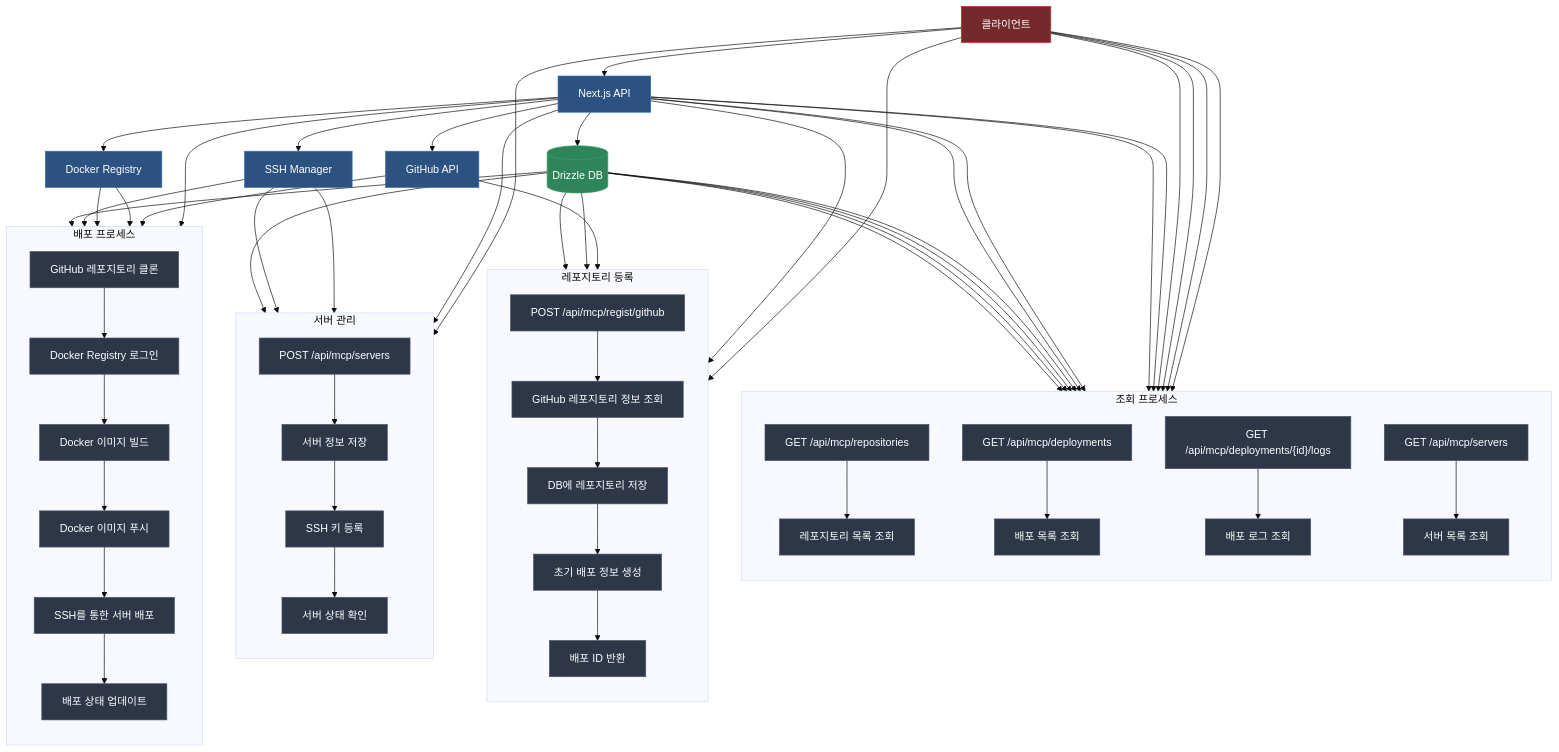
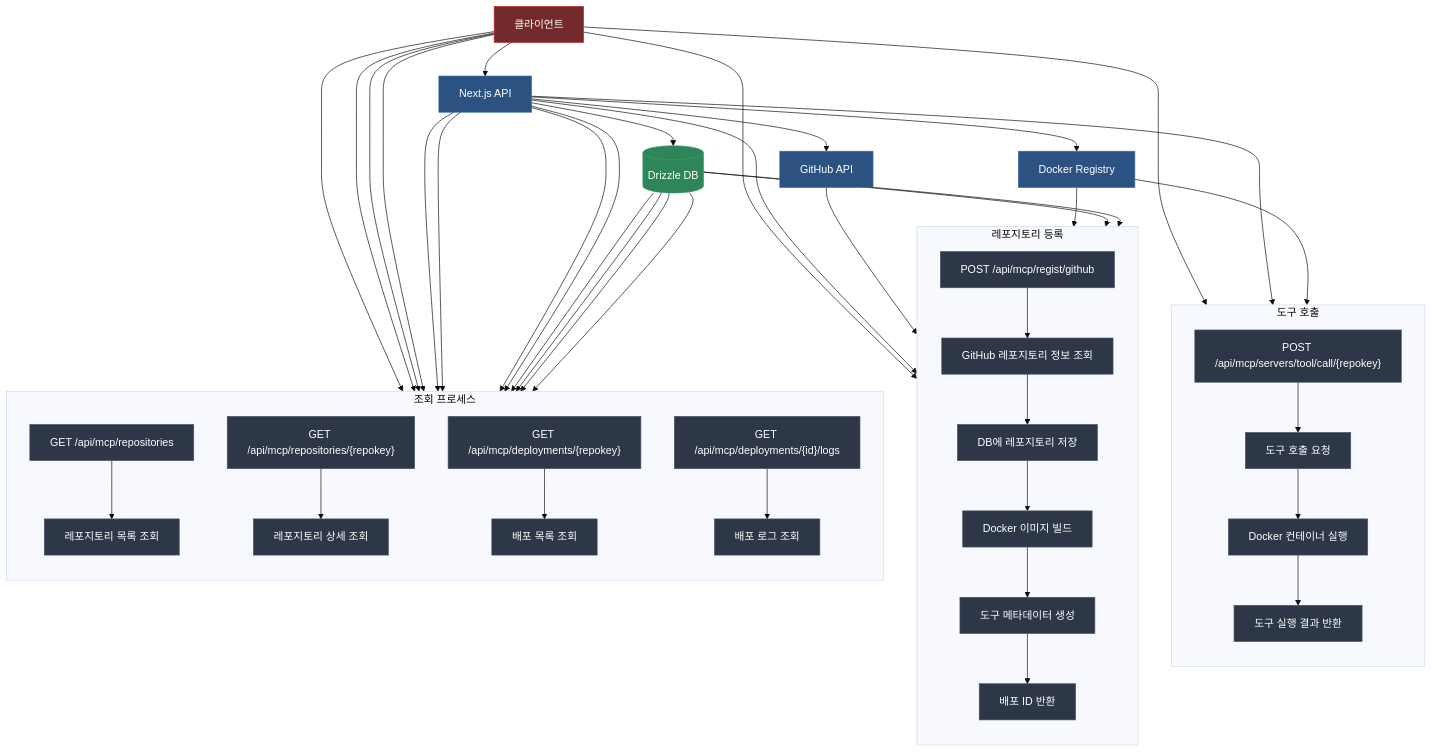
Before and after one commit to JHSeo-git/mcp-registry: the diagram in docs/process-diagram.md, drawn with Mermaid (base theme). The commit also changed other lines of this file and 8 other files, not shown here.

````diff
--- a/docs/process-diagram.md
+++ b/docs/process-diagram.md
@@ -5,42 +5,32 @@
     NextAPI --> DrizzleDB[(Drizzle DB)]
     NextAPI --> GitHubAPI[GitHub API]
     NextAPI --> DockerRegistry[Docker Registry]
-    NextAPI --> SSHManager[SSH Manager]
 
     %% 레포지토리 등록 프로세스
     subgraph 레포지토리 등록
         direction TB
         R1["POST /api/mcp/regist/github"] --> R2[GitHub 레포지토리 정보 조회]
         R2 --> R3[DB에 레포지토리 저장]
-        R3 --> R4[초기 배포 정보 생성]
-        R4 --> R5[배포 ID 반환]
-    end
-
-    %% 배포 프로세스
-    subgraph 배포 프로세스
-        direction TB
-        D1[GitHub 레포지토리 클론] --> D2[Docker Registry 로그인]
-        D2 --> D3[Docker 이미지 빌드]
-        D3 --> D4[Docker 이미지 푸시]
-        D4 --> D5[SSH를 통한 서버 배포]
-        D5 --> D6[배포 상태 업데이트]
+        R3 --> R4[Docker 이미지 빌드]
+        R4 --> R5[도구 메타데이터 생성]
+        R5 --> R6[배포 ID 반환]
     end
 
     %% 조회 프로세스
     subgraph 조회 프로세스
         direction TB
         Q1["GET /api/mcp/repositories"] --> Q2[레포지토리 목록 조회]
-        Q3["GET /api/mcp/deployments"] --> Q4[배포 목록 조회]
-        Q5["GET /api/mcp/deployments/{id}/logs"] --> Q6[배포 로그 조회]
-        Q7["GET /api/mcp/servers"] --> Q8[서버 목록 조회]
+        Q3["GET /api/mcp/repositories/{repokey}"] --> Q4[레포지토리 상세 조회]
+        Q5["GET /api/mcp/deployments/{repokey}"] --> Q6[배포 목록 조회]
+        Q7["GET /api/mcp/deployments/{id}/logs"] --> Q8[배포 로그 조회]
     end
 
-    %% 서버 관리 프로세스
-    subgraph 서버 관리
+    %% 도구 호출 프로세스
+    subgraph 도구 호출
         direction TB
-        S1["POST /api/mcp/servers"] --> S2[서버 정보 저장]
-        S2 --> S3[SSH 키 등록]
-        S3 --> S4[서버 상태 확인]
+        T1["POST /api/mcp/servers/tool/call/{repokey}"] --> T2[도구 호출 요청]
+        T2 --> T3[Docker 컨테이너 실행]
+        T3 --> T4[도구 실행 결과 반환]
     end
 
     %% 연결 관계
@@ -49,34 +39,26 @@
     Client --> Q3
     Client --> Q5
     Client --> Q7
-    Client --> S1
+    Client --> T1
 
     NextAPI --> R1
-    NextAPI --> D1
     NextAPI --> Q1
     NextAPI --> Q3
     NextAPI --> Q5
     NextAPI --> Q7
-    NextAPI --> S1
+    NextAPI --> T1
 
     GitHubAPI --> R2
-    GitHubAPI --> D1
 
-    DockerRegistry --> D2
-    DockerRegistry --> D4
-
-    SSHManager --> D5
-    SSHManager --> S3
-    SSHManager --> S4
+    DockerRegistry --> R4
+    DockerRegistry --> T3
 
     DrizzleDB --> R3
-    DrizzleDB --> R4
-    DrizzleDB --> D6
+    DrizzleDB --> R5
     DrizzleDB --> Q2
     DrizzleDB --> Q4
     DrizzleDB --> Q6
     DrizzleDB --> Q8
-    DrizzleDB --> S2
 
     %% 스타일
     classDef process fill:#2d3748,stroke:#4a5568,stroke-width:1px,color:#fff
@@ -85,7 +67,7 @@
     classDef client fill:#742a2a,stroke:#c53030,stroke-width:1px,color:#fff
 
     class Client client
-    class NextAPI,GitHubAPI,DockerRegistry,SSHManager api
+    class NextAPI,GitHubAPI,DockerRegistry api
     class DrizzleDB db
-    class R1,R2,R3,R4,R5,D1,D2,D3,D4,D5,D6,Q1,Q2,Q3,Q4,Q5,Q6,Q7,Q8,S1,S2,S3,S4 process
+    class R1,R2,R3,R4,R5,R6,Q1,Q2,Q3,Q4,Q5,Q6,Q7,Q8,T1,T2,T3,T4 process
 ```
````
